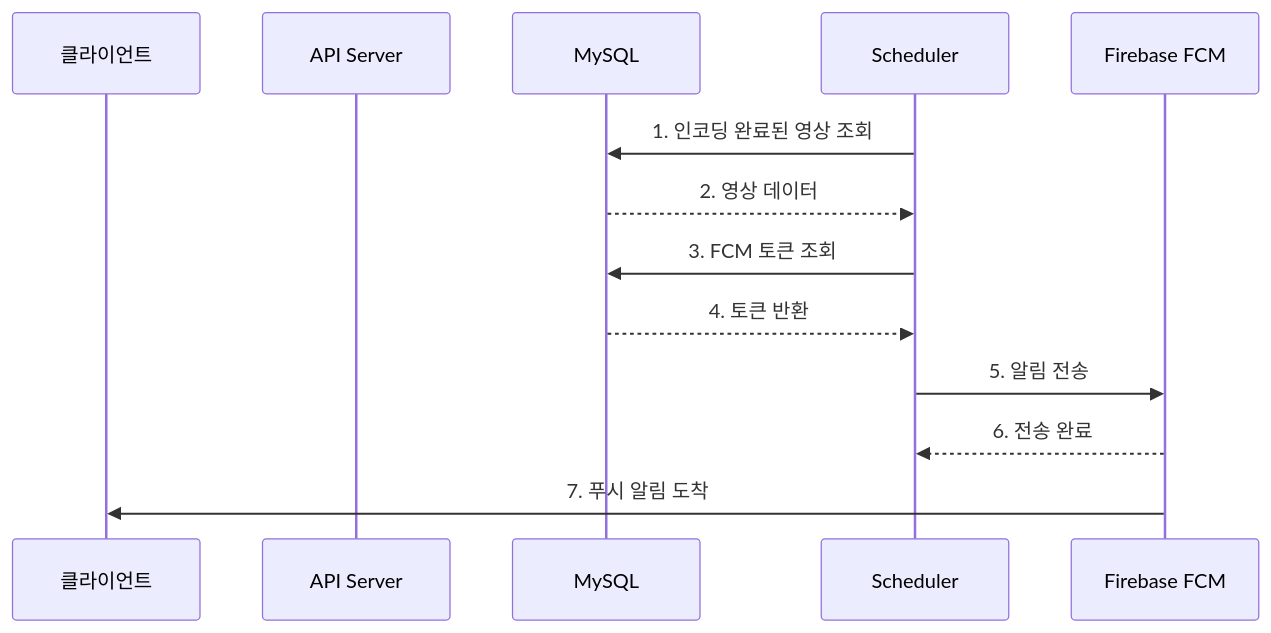
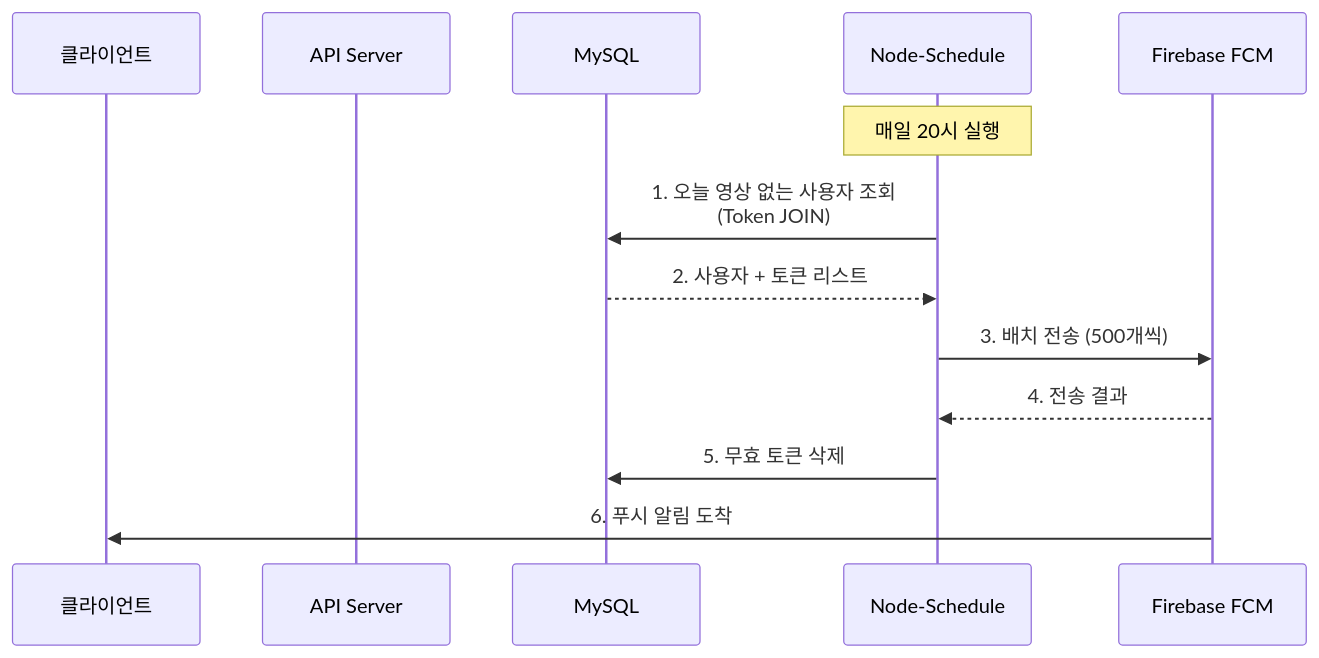
The fourth of 4 diagrams in README.md (Today-My-Diary/backend), drawn with Mermaid before and after one commit. The commit also changed other lines of this file and 1 other file, not shown here.

````diff
--- a/README.md
+++ b/README.md
@@ -368,19 +438,18 @@
 ```mermaid
 sequenceDiagram
-    participant Client as 클라이언트
-    participant API as API Server
-    participant DB as MySQL
-    participant Scheduler as Scheduler
-    participant FCM as Firebase FCM
+participant Client as 클라이언트
+participant API as API Server
+participant DB as MySQL
+participant Scheduler as Node-Schedule
+participant FCM as Firebase FCM
 
-    Scheduler->>DB: 1. 인코딩 완료된 영상 조회
-    DB-->>Scheduler: 2. 영상 데이터
-
-    Scheduler->>DB: 3. FCM 토큰 조회
-    DB-->>Scheduler: 4. 토큰 반환
-
-    Scheduler->>FCM: 5. 알림 전송
-    FCM-->>Scheduler: 6. 전송 완료
-
-    FCM->>Client: 7. 푸시 알림 도착
+    Note over Scheduler: 매일 20시 실행
+    Scheduler->>DB: 1. 오늘 영상 없는 사용자 조회<br/>(Token JOIN)
+    DB-->>Scheduler: 2. 사용자 + 토큰 리스트
+    
+    Scheduler->>FCM: 3. 배치 전송 (500개씩)
+    FCM-->>Scheduler: 4. 전송 결과
+    Scheduler->>DB: 5. 무효 토큰 삭제
+    
+    FCM->>Client: 6. 푸시 알림 도착
 ```
````
